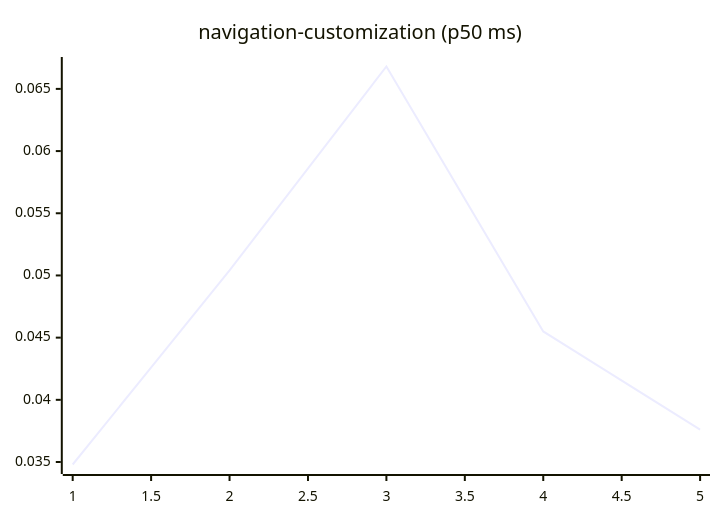
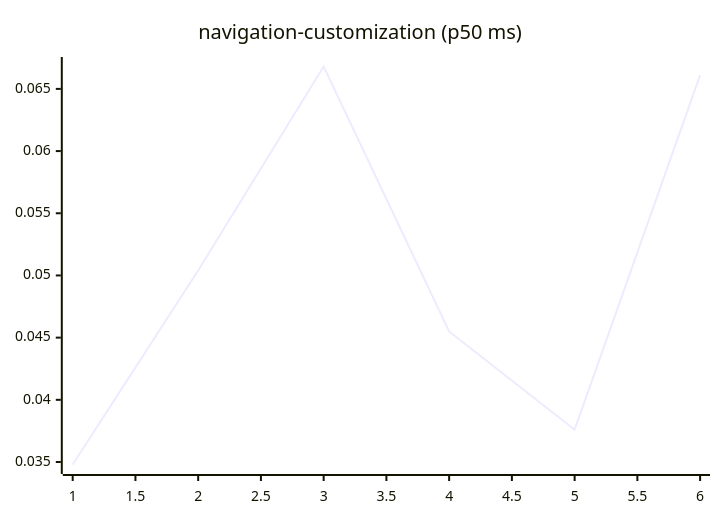
One commit to josha/Facet changed diagram 15 of 27 in README.md. Above: the diagram before and after it, drawn with Mermaid. The commit also changed other lines of this file and 2 other files, not shown here.

````diff
--- a/README.md
+++ b/README.md
@@ -161,6 +161,6 @@
 ```mermaid
 xychart-beta
     title "navigation-customization (p50 ms)"
-    x-axis 1 --> 5
-    line [0.0348, 0.0504, 0.0668, 0.0455, 0.0376]
+    x-axis 1 --> 6
+    line [0.0348, 0.0504, 0.0668, 0.0455, 0.0376, 0.0661]
 ```
````
